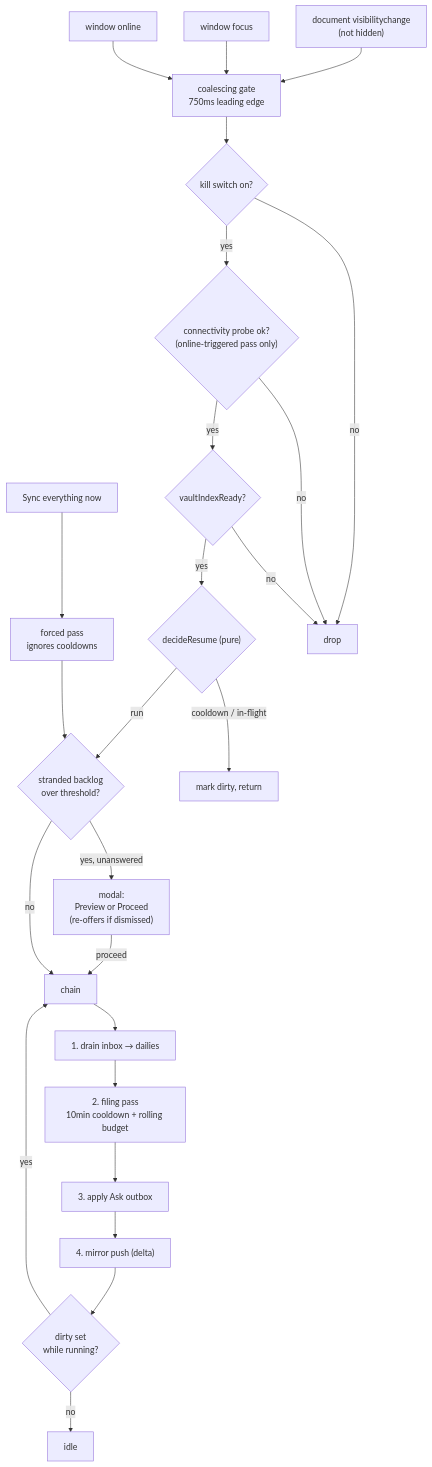
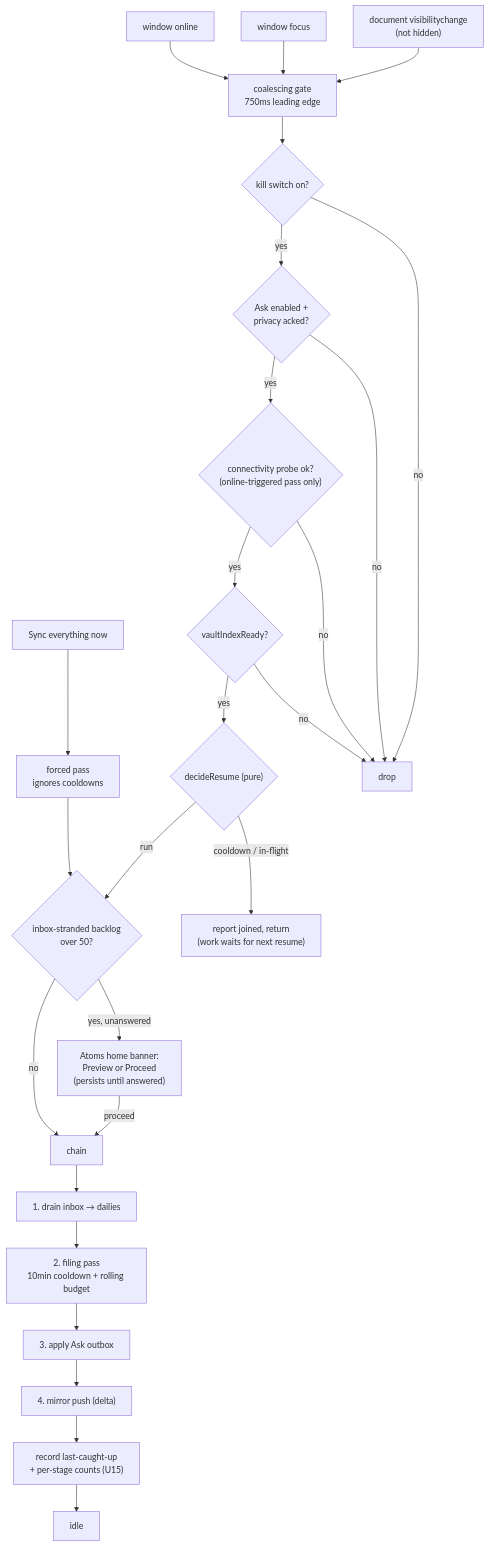
One commit to taihartman/obsidian-atoms changed the first of 3 diagrams in docs/plans/2026-07-31-001-feat-resume-catch-up-plan.md. Above: the diagram before and after it, drawn with Mermaid. The commit also changed other lines of this file and 2 other files, not shown here.

First line of the commit message:
docs: answer all five blocking questions and re-scope the resume plan

````diff
--- a/docs/plans/2026-07-31-001-feat-resume-catch-up-plan.md
+++ b/docs/plans/2026-07-31-001-feat-resume-catch-up-plan.md
@@ -547,30 +739,31 @@
 ```mermaid
 flowchart TD
   A["document visibilitychange<br/>(not hidden)"] --> G
   B["window focus"] --> G
   C["window online"] --> G
   M["Sync everything now"] --> F["forced pass<br/>ignores cooldowns"]
 
   G["coalescing gate<br/>750ms leading edge"] --> K{"kill switch on?"}
   K -->|no| X["drop"]
-  K -->|yes| P{"connectivity probe ok?<br/>(online-triggered pass only)"}
+  K -->|yes| AE{"Ask enabled +<br/>privacy acked?"}
+  AE -->|no| X
+  AE -->|yes| P{"connectivity probe ok?<br/>(online-triggered pass only)"}
   P -->|no| X
   P -->|yes| V{"vaultIndexReady?"}
   V -->|no| X
   V -->|yes| D{"decideResume (pure)"}
-  D -->|"cooldown / in-flight"| S["mark dirty, return"]
+  D -->|"cooldown / in-flight"| S["report joined, return<br/>(work waits for next resume)"]
   D -->|run| B1
   F --> B1
 
-  B1{"stranded backlog<br/>over threshold?"} -->|"yes, unanswered"| N["modal:<br/>Preview or Proceed<br/>(re-offers if dismissed)"]
+  B1{"inbox-stranded backlog<br/>over 50?"} -->|"yes, unanswered"| N["Atoms home banner:<br/>Preview or Proceed<br/>(persists until answered)"]
   B1 -->|no| CH
   N -->|proceed| CH
 
   CH["chain"] --> C1["1. drain inbox → dailies"]
   C1 --> C2["2. filing pass<br/>10min cooldown + rolling budget"]
   C2 --> C3["3. apply Ask outbox"]
   C3 --> C4["4. mirror push (delta)"]
-  C4 --> R{"dirty set<br/>while running?"}
-  R -->|yes| CH
-  R -->|no| E["idle"]
+  C4 --> LC["record last-caught-up<br/>+ per-stage counts (U15)"]
+  LC --> E["idle"]
 ```
````
